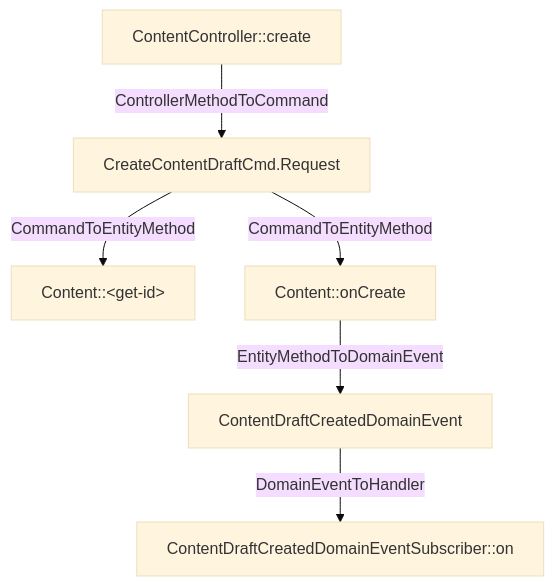
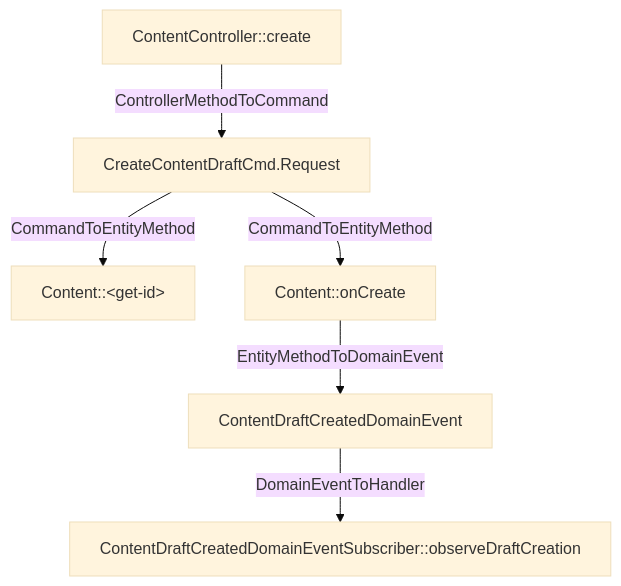
One commit to LDmoxeii/cap4k-reference-content-studio changed the diagram in analysis/flows/com_only4_cap4k_reference_contentstudio_adapter_http_ContentController_create.mmd. Above: the diagram before and after it, drawn with Mermaid (base theme). The commit also changed 12 other files, not shown here.

```diff
--- a/analysis/flows/com_only4_cap4k_reference_contentstudio_adapter_http_ContentController_create.mmd
+++ b/analysis/flows/com_only4_cap4k_reference_contentstudio_adapter_http_ContentController_create.mmd
@@ -1,12 +1,12 @@
 flowchart TD
   N1[ContentController::create]
   N2[CreateContentDraftCmd.Request]
-  N3[ContentDraftCreatedDomainEventSubscriber::on]
+  N3[ContentDraftCreatedDomainEventSubscriber::observeDraftCreation]
   N4[Content::&lt;get-id&gt;]
   N5[Content::onCreate]
   N6[ContentDraftCreatedDomainEvent]
   N1 -->|ControllerMethodToCommand| N2
   N2 -->|CommandToEntityMethod| N4
   N2 -->|CommandToEntityMethod| N5
   N5 -->|EntityMethodToDomainEvent| N6
   N6 -->|DomainEventToHandler| N3
```
